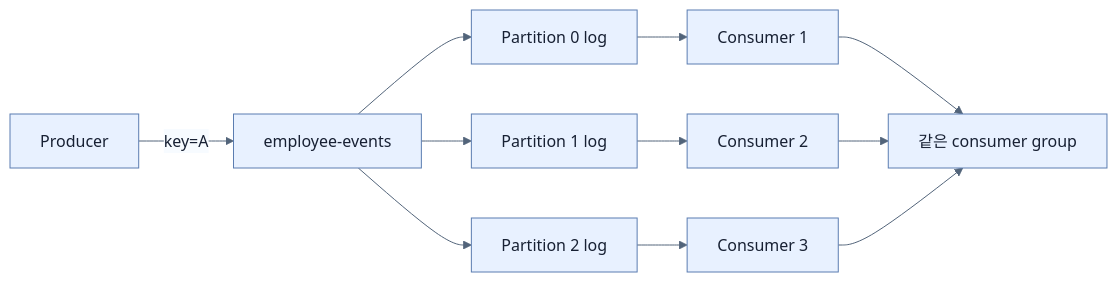
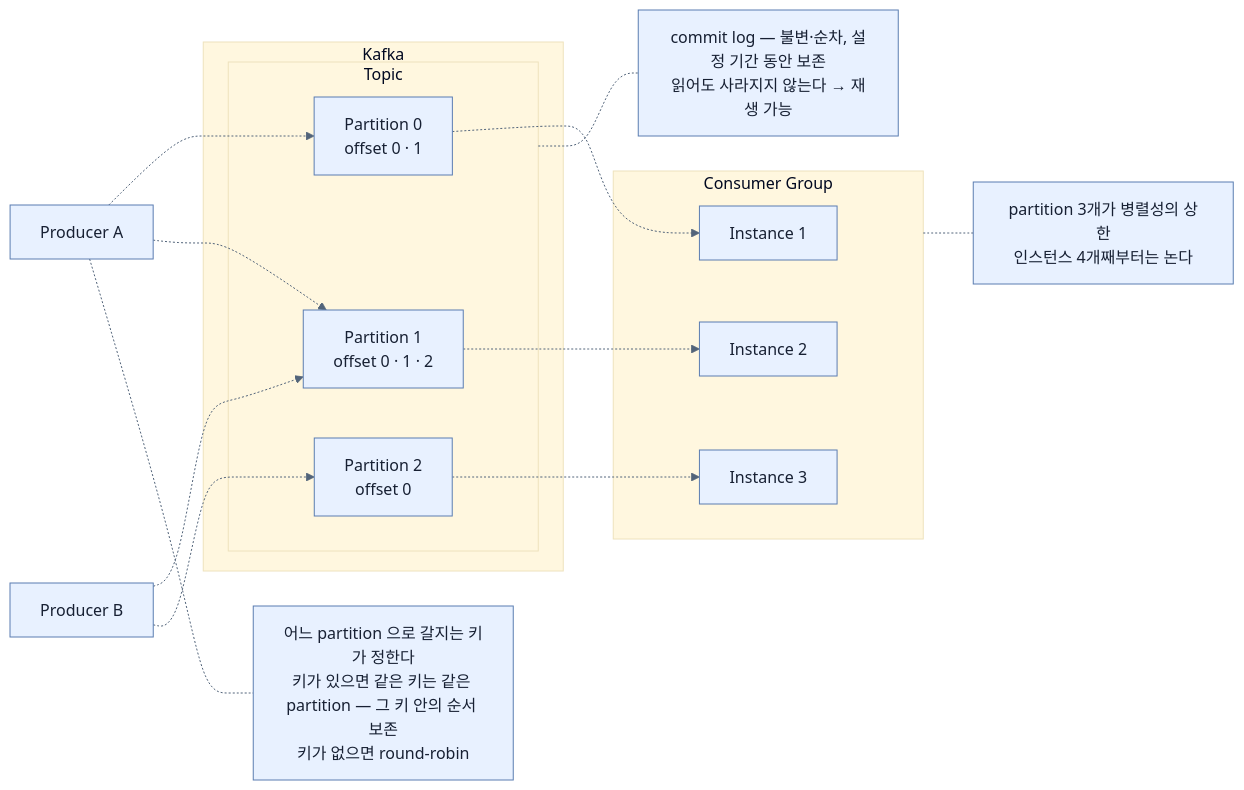
One commit to sing-u8/Learning_Spring_Boot_4 changed the diagram in spring-boot-4-pdf-notes/part-4-scaling-an-application-with-spring-boot/chapter-12-messaging-and-asynchronous-communication-in-spring-boot-4/03-apache-kafka-fundamentals.md. Above: the diagram before and after it, drawn with Mermaid. The commit also changed other lines of this file and 253 other files, not shown here.

````diff
--- a/spring-boot-4-pdf-notes/part-4-scaling-an-application-with-spring-boot/chapter-12-messaging-and-asynchronous-communication-in-spring-boot-4/03-apache-kafka-fundamentals.md
+++ b/spring-boot-4-pdf-notes/part-4-scaling-an-application-with-spring-boot/chapter-12-messaging-and-asynchronous-communication-in-spring-boot-4/03-apache-kafka-fundamentals.md
@@ -28,12 +117,35 @@
 ```mermaid
 %%{init: {'theme': 'base', 'themeVariables': {'background': '#ffffff', 'primaryColor': '#e8f1ff', 'primaryTextColor': '#172033', 'primaryBorderColor': '#5b7db1', 'lineColor': '#52647a', 'secondaryColor': '#f7fbff', 'tertiaryColor': '#fff7df'}}}%%
 flowchart LR
-    P[Producer] -->|key=A| T[employee-events]
-    T --> P0[Partition 0 log]
-    T --> P1[Partition 1 log]
-    T --> P2[Partition 2 log]
-    P0 --> C1[Consumer 1]
-    P1 --> C2[Consumer 2]
-    P2 --> C3[Consumer 3]
-    C1 & C2 & C3 --> G[같은 consumer group]
+    PA["Producer A"] -.-> P0
+    PA -.-> P1
+    PB["Producer B"] -.-> P1
+    PB -.-> P2
+
+    subgraph K["Kafka"]
+        subgraph T["Topic"]
+            P0["Partition 0<br/>offset 0 · 1"]
+            P1["Partition 1<br/>offset 0 · 1 · 2"]
+            P2["Partition 2<br/>offset 0"]
+        end
+    end
+
+    subgraph CG["Consumer Group"]
+        I1["Instance 1"]
+        I2["Instance 2"]
+        I3["Instance 3"]
+    end
+
+    P0 -.-> I1
+    P1 -.-> I2
+    P2 -.-> I3
+
+    KEY["어느 partition 으로 갈지는 키가 정한다<br/>키가 있으면 같은 키는 같은 partition — 그 키 안의 순서 보존<br/>키가 없으면 round-robin"]
+    PA -.- KEY
+
+    LIMIT["partition 3개가 병렬성의 상한<br/>인스턴스 4개째부터는 논다"]
+    CG -.- LIMIT
+
+    LOG["commit log — 불변·순차, 설정 기간 동안 보존<br/>읽어도 사라지지 않는다 → 재생 가능"]
+    T -.- LOG
 ```
````
